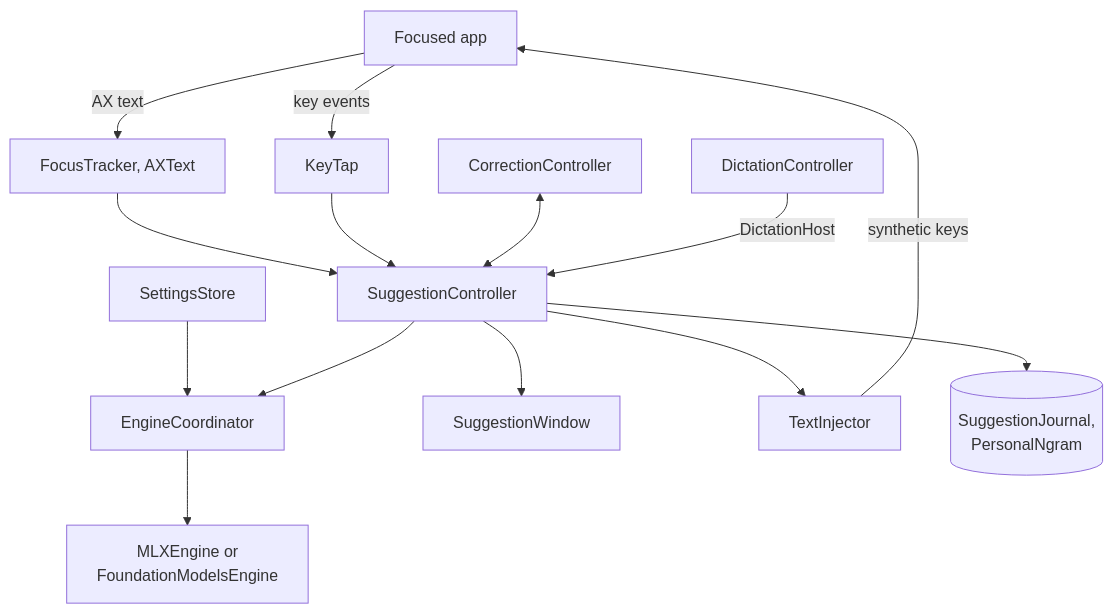
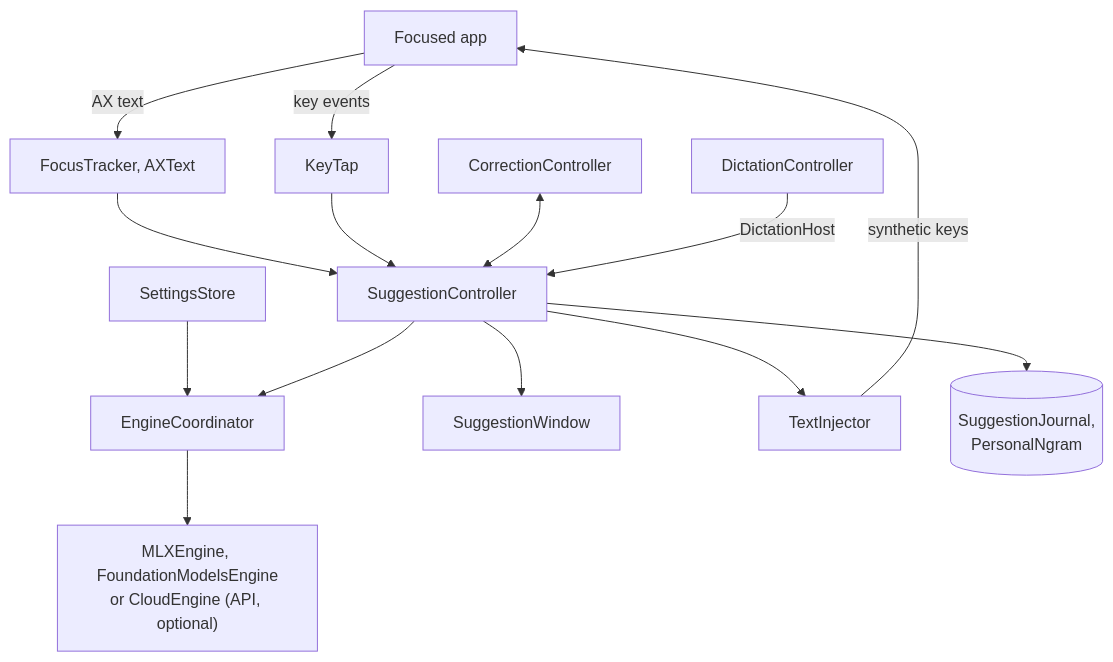
The diagram in docs/diagrams/arch-modules.mmd (nikiomori/Pretype), drawn with Mermaid before and after one commit. The commit also changed 13 other files, not shown here.

```diff
--- a/docs/diagrams/arch-modules.mmd
+++ b/docs/diagrams/arch-modules.mmd
@@ -1,23 +1,23 @@
 %% The main components and how data moves between them.
 flowchart TB
   app["Focused app"]
   ft["FocusTracker, AXText"]
   kt["KeyTap"]
   sc["SuggestionController"]
   cc["CorrectionController"]
   dc["DictationController"]
   ec["EngineCoordinator"]
-  en["MLXEngine or<br/>FoundationModelsEngine"]
+  en["MLXEngine, FoundationModelsEngine<br/>or CloudEngine (API, optional)"]
   sw["SuggestionWindow"]
   ti["TextInjector"]
   pers[("SuggestionJournal,<br/>PersonalNgram")]
   set["SettingsStore"]
   app -- "AX text" --> ft --> sc
   app -- "key events" --> kt --> sc
   cc <--> sc
   dc -- "DictationHost" --> sc
   set --> ec
   sc --> ec --> en
   sc --> pers
   sc --> sw
   sc --> ti -- "synthetic keys" --> app
```
